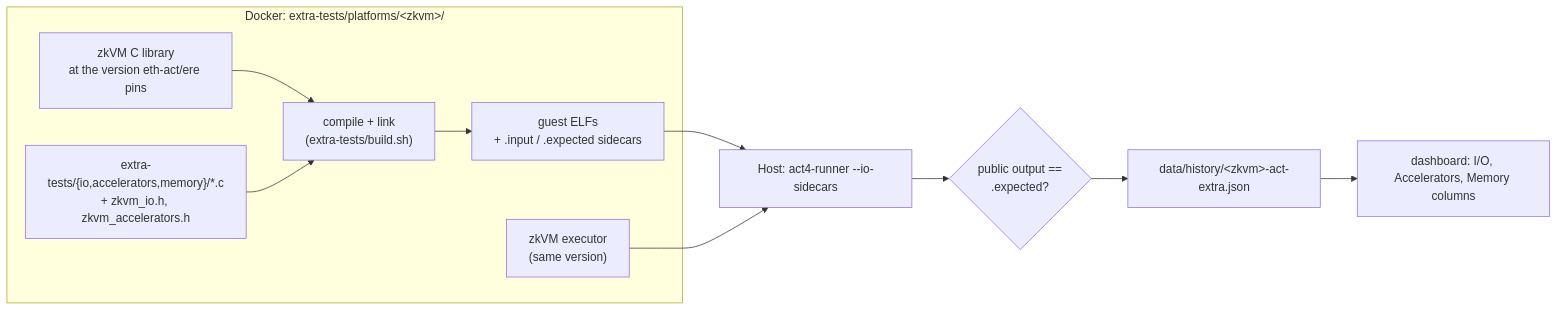
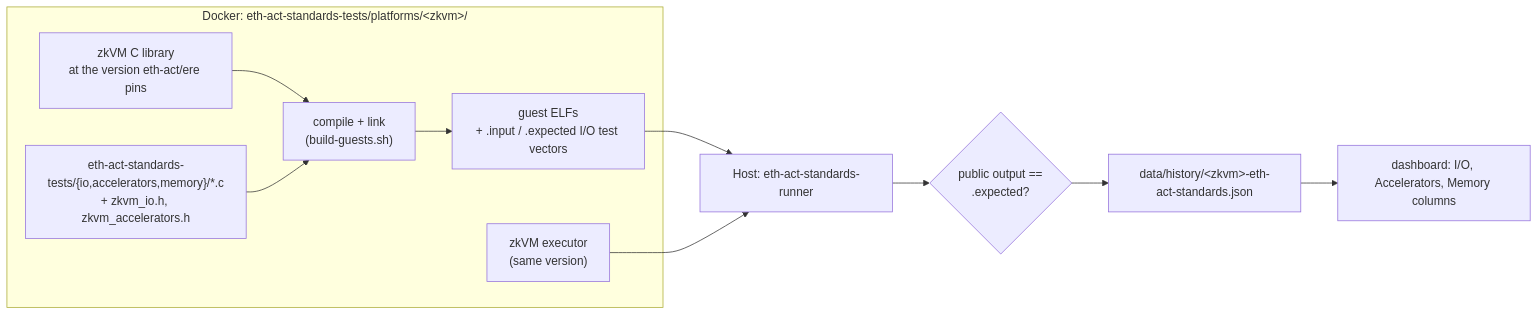
The second of 2 diagrams in README.md (eth-act/zkevm-test-monitor), drawn with Mermaid before and after one commit. The commit also changed other lines of this file and 160 other files, not shown here.

First line of the commit message:
Rename act-extra to the eth-act standards tests and split the run commands

````diff
--- a/README.md
+++ b/README.md
@@ -45,14 +46,14 @@
 ```mermaid
 flowchart LR
-    subgraph docker["Docker: extra-tests/platforms/&lt;zkvm&gt;/"]
-        vendor["zkVM C library<br/>at the version eth-act/ere pins"] --> link["compile + link<br/>(extra-tests/build.sh)"]
-        src["extra-tests/{io,accelerators,memory}/*.c<br/>+ zkvm_io.h, zkvm_accelerators.h"] --> link
-        link --> elfs["guest ELFs<br/>+ .input / .expected sidecars"]
+    subgraph docker["Docker: eth-act-standards-tests/platforms/&lt;zkvm&gt;/"]
+        vendor["zkVM C library<br/>at the version eth-act/ere pins"] --> link["compile + link<br/>(build-guests.sh)"]
+        src["eth-act-standards-tests/{io,accelerators,memory}/*.c<br/>+ zkvm_io.h, zkvm_accelerators.h"] --> link
+        link --> elfs["guest ELFs<br/>+ .input / .expected I/O test vectors"]
         exe["zkVM executor<br/>(same version)"]
     end
-    elfs --> runner["Host: act4-runner --io-sidecars"]
+    elfs --> runner["Host: eth-act-standards-runner"]
     exe --> runner
     runner --> verdict{"public output ==<br/>.expected?"}
-    verdict --> hist["data/history/&lt;zkvm&gt;-act-extra.json"]
+    verdict --> hist["data/history/&lt;zkvm&gt;-eth-act-standards.json"]
     hist --> dash["dashboard: I/O, Accelerators, Memory columns"]
 ```
````
